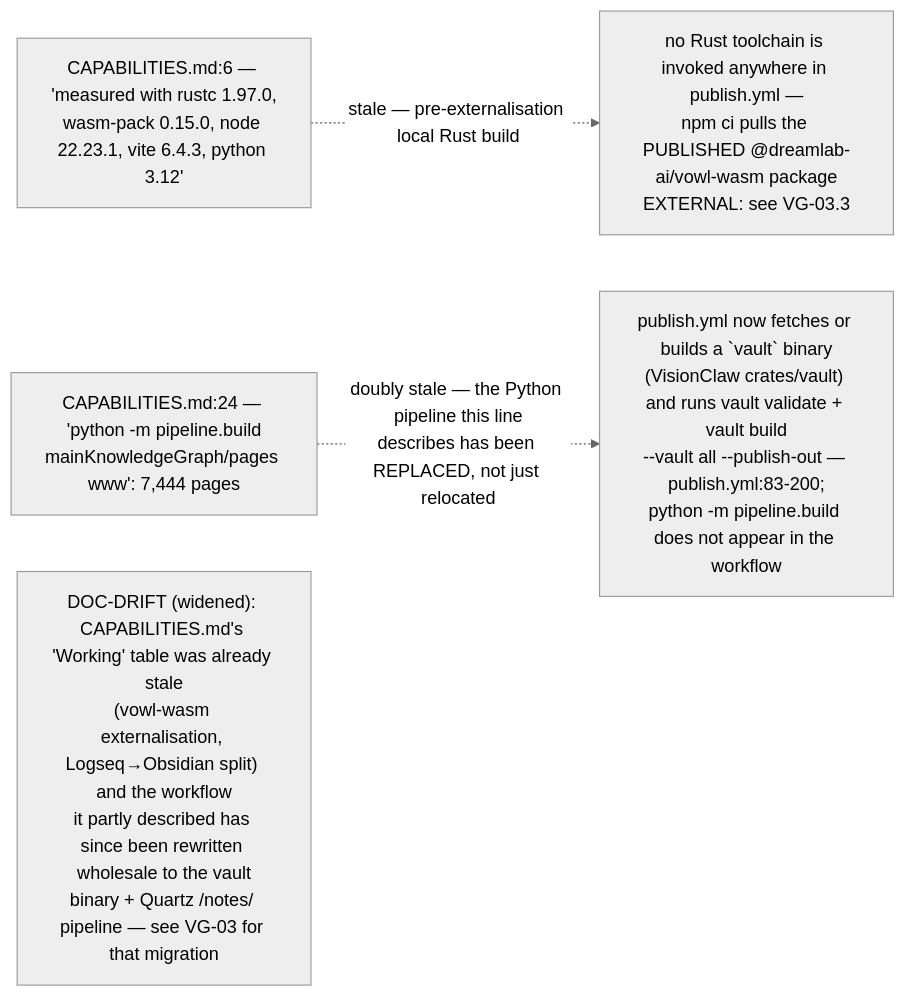
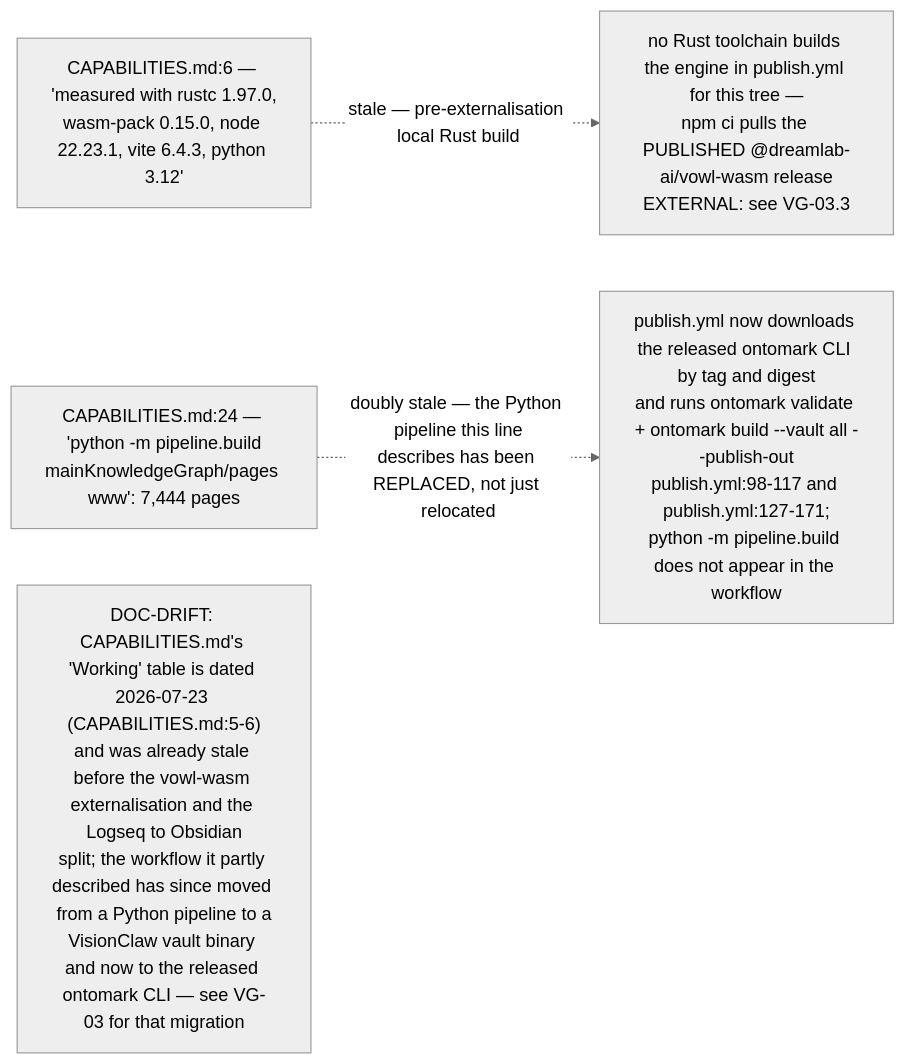
Before and after one commit to DreamLab-AI/VisionFlow: the third of 5 diagrams in docs/diagrams/visiongraph/06-shipping-explorer-duplication.md, drawn with Mermaid (neutral theme). The commit also changed other lines of this file and 160 other files, not shown here.

````diff
--- a/docs/diagrams/visiongraph/06-shipping-explorer-duplication.md
+++ b/docs/diagrams/visiongraph/06-shipping-explorer-duplication.md
@@ -62,10 +62,10 @@
 ```mermaid
 flowchart LR
     TOOLCHAIN["CAPABILITIES.md:6 — 'measured with rustc 1.97.0,<br/>wasm-pack 0.15.0, node 22.23.1, vite 6.4.3, python 3.12'"]
-    NOTOOL["no Rust toolchain is invoked anywhere in publish.yml —<br/>npm ci pulls the PUBLISHED @dreamlab-ai/vowl-wasm package<br/>EXTERNAL: see VG-03.3"]
+    NOTOOL["no Rust toolchain builds the engine in publish.yml for this tree —<br/>npm ci pulls the PUBLISHED @dreamlab-ai/vowl-wasm release<br/>EXTERNAL: see VG-03.3"]
     PIPEPATH["CAPABILITIES.md:24 — 'python -m pipeline.build<br/>mainKnowledgeGraph/pages www': 7,444 pages"]
-    REALPATH["publish.yml now fetches or builds a `vault` binary<br/>#40;VisionClaw crates/vault#41; and runs vault validate + vault build<br/>--vault all --publish-out — publish.yml:83-200;<br/>python -m pipeline.build does not appear in the workflow"]
+    REALPATH["publish.yml now downloads the released ontomark CLI by tag and digest<br/>and runs ontomark validate + ontomark build --vault all --publish-out<br/>publish.yml:98-117 and publish.yml:127-171;<br/>python -m pipeline.build does not appear in the workflow"]
     TOOLCHAIN -.->|"stale — pre-externalisation local Rust build"| NOTOOL
     PIPEPATH -.->|"doubly stale — the Python pipeline this line<br/>describes has been REPLACED, not just relocated"| REALPATH
-    note1["DOC-DRIFT #40;widened#41;: CAPABILITIES.md's 'Working' table was already stale<br/>#40;vowl-wasm externalisation, Logseq→Obsidian split#41; and the workflow<br/>it partly described has since been rewritten wholesale to the vault<br/>binary + Quartz #47;notes#47; pipeline — see VG-03 for that migration"]
+    note1["DOC-DRIFT: CAPABILITIES.md's 'Working' table is dated 2026-07-23 #40;CAPABILITIES.md:5-6#41;<br/>and was already stale before the vowl-wasm externalisation and the Logseq to Obsidian<br/>split; the workflow it partly described has since moved from a Python pipeline to a<br/>VisionClaw vault binary and now to the released ontomark CLI — see VG-03 for that migration"]
 ```
````
